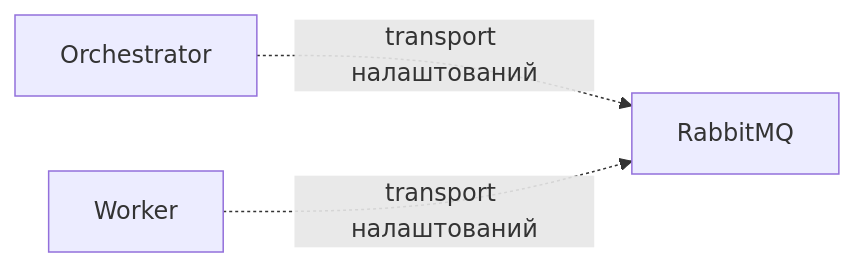
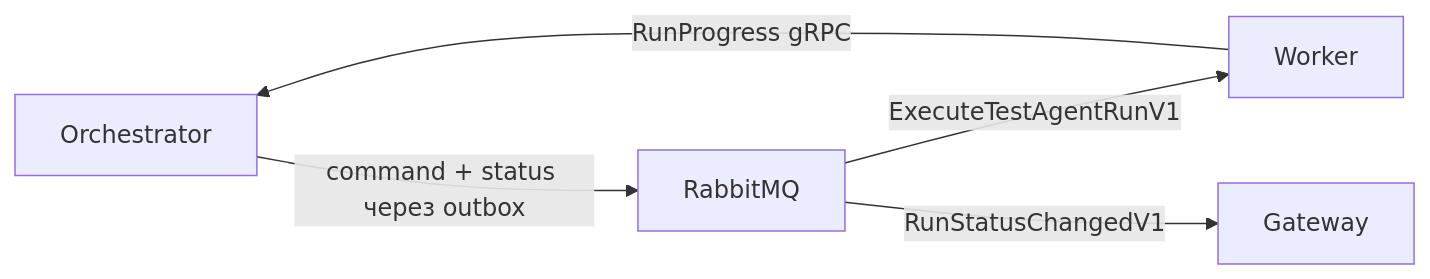
Before and after one commit to SqeeZarion/AiControlCenter: the second of 2 diagrams in docs/architecture/communication.md, drawn with Mermaid. The commit also changed other lines of this file and 133 other files, not shown here.

````diff
--- a/docs/architecture/communication.md
+++ b/docs/architecture/communication.md
@@ -28,5 +28,7 @@
 ```mermaid
 flowchart LR
-    Orchestrator -.->|"transport налаштований"| RabbitMQ
-    Worker -.->|"transport налаштований"| RabbitMQ
+    Orchestrator -->|"command + status через outbox"| RabbitMQ
+    RabbitMQ -->|"ExecuteTestAgentRunV1"| Worker
+    Worker -->|"RunProgress gRPC"| Orchestrator
+    RabbitMQ -->|"RunStatusChangedV1"| Gateway
 ```
````
